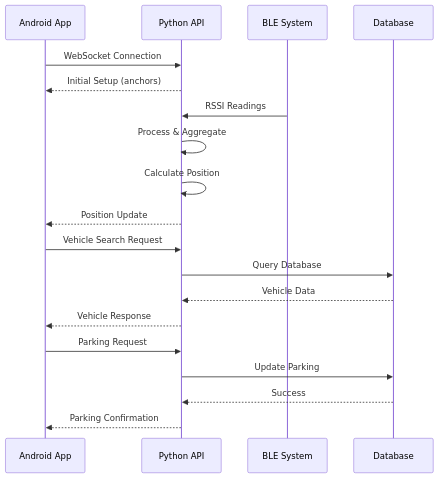
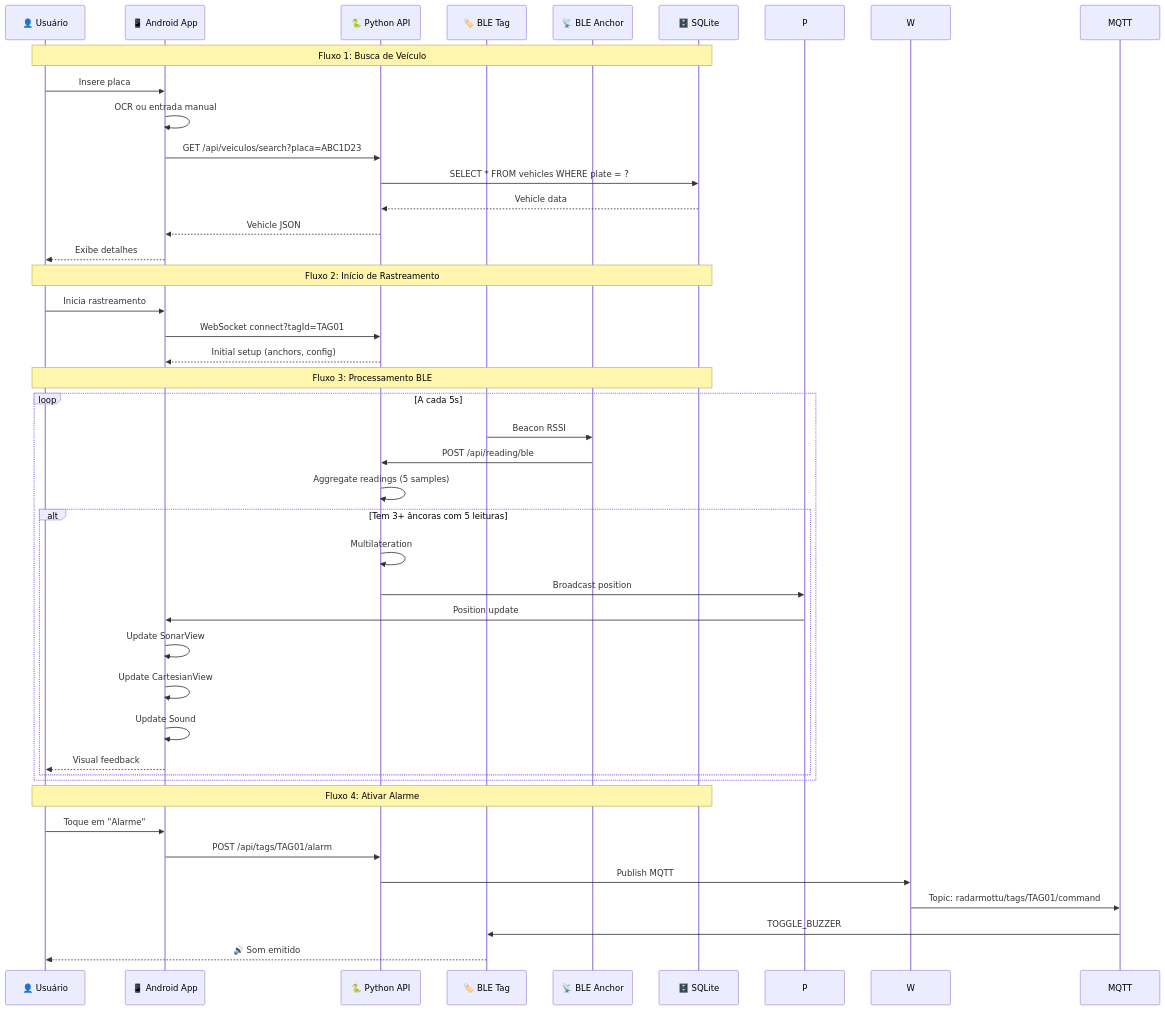
Before and after one commit to carmipa/NEXT-2025: the second of 7 diagrams in mobile/next-android/README.md, drawn with Mermaid. The commit also changed other lines of this file and 16 other files, not shown here.

````diff
--- a/mobile/next-android/README.md
+++ b/mobile/next-android/README.md
@@ -446,25 +209,47 @@
 ```mermaid
 sequenceDiagram
-    participant A as Android App
-    participant API as Python API
-    participant BLE as BLE System
-    participant DB as Database
+    participant User as 👤 Usuário
+    participant App as 📱 Android App
+    participant API as 🐍 Python API
+    participant Tag as 🏷️ BLE Tag
+    participant Anchor as 📡 BLE Anchor
+    participant DB as 🗄️ SQLite
     
-    A->>API: WebSocket Connection
-    API-->>A: Initial Setup (anchors)
+    Note over User,DB: Fluxo 1: Busca de Veículo
+    User->>App: Insere placa
+    App->>App: OCR ou entrada manual
+    App->>API: GET /api/veiculos/search?placa=ABC1D23
+    API->>DB: SELECT * FROM vehicles WHERE plate = ?
+    DB-->>API: Vehicle data
+    API-->>App: Vehicle JSON
+    App-->>User: Exibe detalhes
     
-    BLE->>API: RSSI Readings
-    API->>API: Process & Aggregate
-    API->>API: Calculate Position
-    API-->>A: Position Update
+    Note over User,DB: Fluxo 2: Início de Rastreamento
+    User->>App: Inicia rastreamento
+    App->>API: WebSocket connect?tagId=TAG01
+    API-->>App: Initial setup (anchors, config)
     
-    A->>API: Vehicle Search Request
-    API->>DB: Query Database
-    DB-->>API: Vehicle Data
-    API-->>A: Vehicle Response
+    Note over User,DB: Fluxo 3: Processamento BLE
+    loop A cada 5s
+        Tag->>Anchor: Beacon RSSI
+        Anchor->>API: POST /api/reading/ble
+        API->>API: Aggregate readings (5 samples)
+        alt Tem 3+ âncoras com 5 leituras
+            API->>API: Multilateration
+            API->>P: Broadcast position
+            P->>App: Position update
+            App->>App: Update SonarView
+            App->>App: Update CartesianView
+            App->>App: Update Sound
+            App-->>User: Visual feedback
+        end
+    end
     
-    A->>API: Parking Request
-    API->>DB: Update Parking
-    DB-->>API: Success
-    API-->>A: Parking Confirmation
+    Note over User,DB: Fluxo 4: Ativar Alarme
+    User->>App: Toque em "Alarme"
+    App->>API: POST /api/tags/TAG01/alarm
+    API->>W: Publish MQTT
+    W->>MQTT: Topic: radarmottu/tags/TAG01/command
+    MQTT->>Tag: TOGGLE_BUZZER
+    Tag-->>User: 🔊 Som emitido
 ```
````
